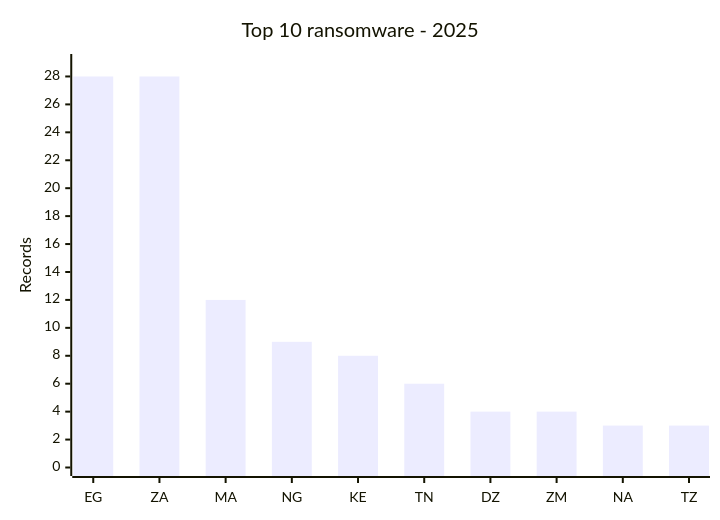
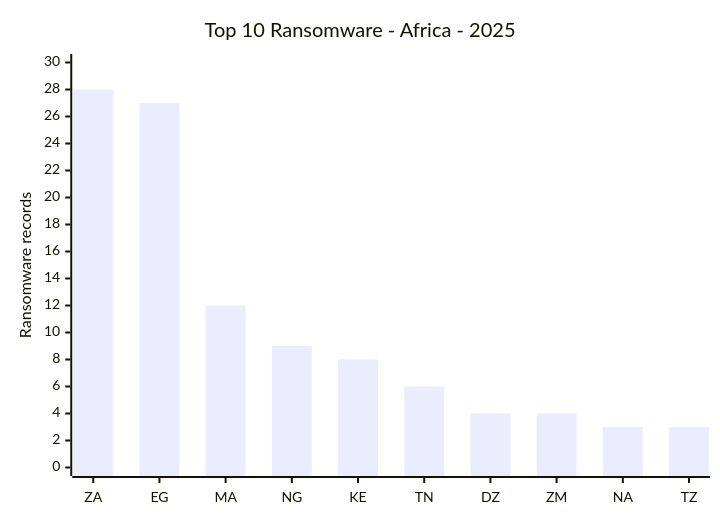
Before and after one commit to Hatchepsoute/AFRINTEL: the fourth of 5 diagrams in CyberAttackAfrica/2025/README.md, drawn with Mermaid. The commit also changed other lines of this file and 35 other files, not shown here.

````diff
--- a/CyberAttackAfrica/2025/README.md
+++ b/CyberAttackAfrica/2025/README.md
@@ -251,7 +329,7 @@
 ```mermaid
-xychart
-    title "Top 10 ransomware - 2025"
-    x-axis ["EG","ZA","MA","NG","KE","TN","DZ","ZM","NA","TZ"]
-    y-axis "Records" 0 --> 29
-    bar [28,28,12,9,8,6,4,4,3,3]
+xychart-beta
+    title "Top 10 Ransomware - Africa - 2025"
+    x-axis ["ZA","EG","MA","NG","KE","TN","DZ","ZM","NA","TZ"]
+    y-axis "Ransomware records" 0 --> 30
+    bar [28,27,12,9,8,6,4,4,3,3]
 ```
````
